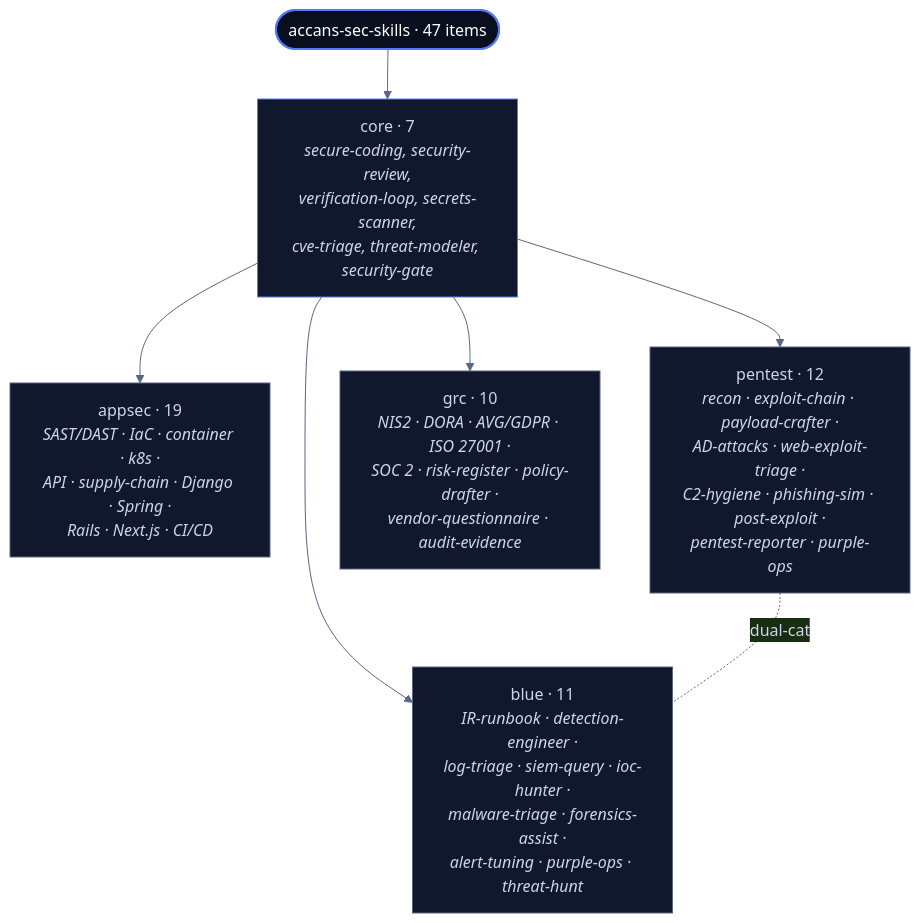
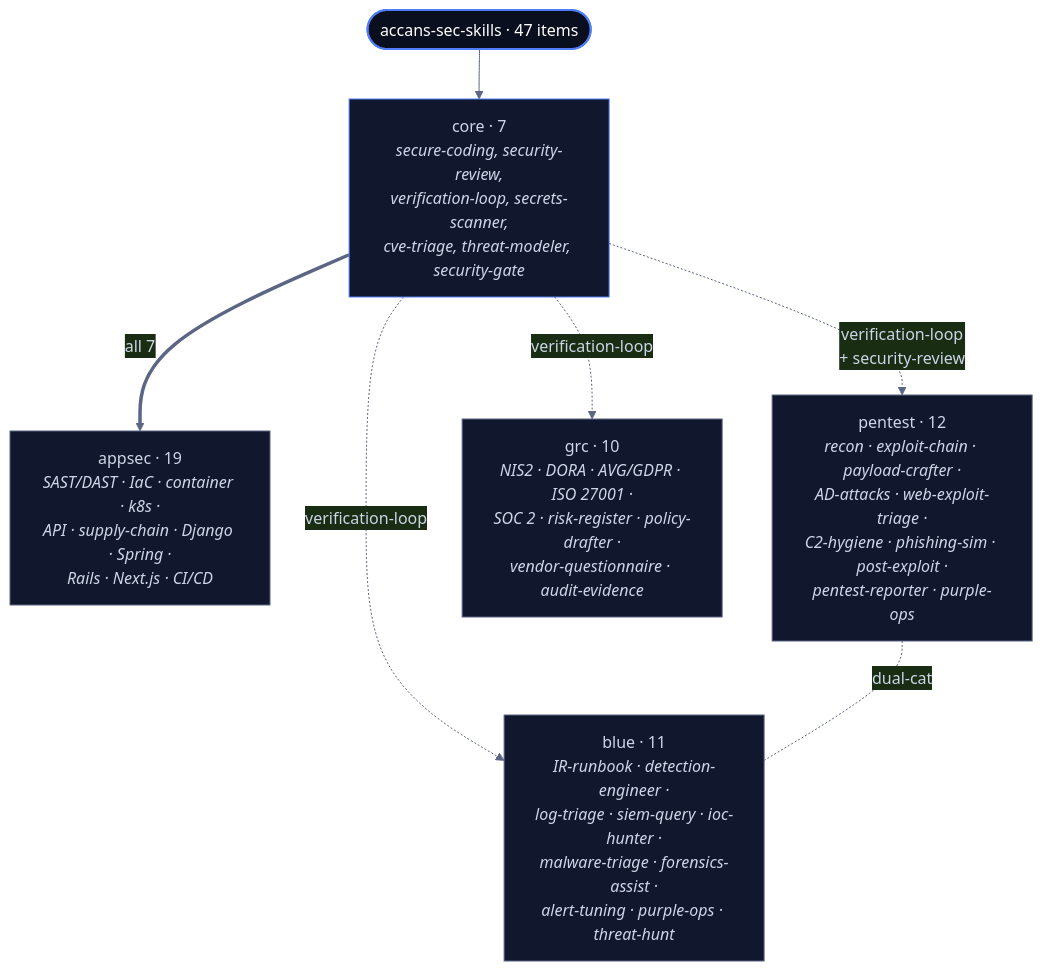
One commit to roodlicht/accans-sec-skills changed the first of 2 diagrams in README.md. Above: the diagram before and after it, drawn with Mermaid. The commit also changed other lines of this file and 1 other file, not shown here.

First paragraph of the commit message:
fix(docs): address ultrareview findings on the polish branch
Four marketing-accuracy fixes flagged by ultrareview against the
preceding capability-density commit. None affect the catalog content;
all are README/docs corrections to match what the catalog actually
contains.

````diff
--- a/README.md
+++ b/README.md
@@ -31,21 +31,21 @@
 ```mermaid
 %%{init: {'theme':'base', 'themeVariables': {'primaryColor':'#11182d','primaryTextColor':'#cdd5e8','primaryBorderColor':'#4f7df9','lineColor':'#5b6584'}}}%%
 flowchart TB
     Root(["accans-sec-skills · 47 items"])
 
     Root --> Core["core · 7<br/><i>secure-coding, security-review,<br/>verification-loop, secrets-scanner,<br/>cve-triage, threat-modeler, security-gate</i>"]
 
-    Core --> AppSec["appsec · 19<br/><i>SAST/DAST · IaC · container · k8s ·<br/>API · supply-chain · Django · Spring ·<br/>Rails · Next.js · CI/CD</i>"]
-    Core --> Pentest["pentest · 12<br/><i>recon · exploit-chain · payload-crafter ·<br/>AD-attacks · web-exploit-triage ·<br/>C2-hygiene · phishing-sim · post-exploit ·<br/>pentest-reporter · purple-ops</i>"]
-    Core --> Blue["blue · 11<br/><i>IR-runbook · detection-engineer ·<br/>log-triage · siem-query · ioc-hunter ·<br/>malware-triage · forensics-assist ·<br/>alert-tuning · purple-ops · threat-hunt</i>"]
-    Core --> GRC["grc · 10<br/><i>NIS2 · DORA · AVG/GDPR · ISO 27001 ·<br/>SOC 2 · risk-register · policy-drafter ·<br/>vendor-questionnaire · audit-evidence</i>"]
+    Core ==>|"all 7"| AppSec["appsec · 19<br/><i>SAST/DAST · IaC · container · k8s ·<br/>API · supply-chain · Django · Spring ·<br/>Rails · Next.js · CI/CD</i>"]
+    Core -.->|"verification-loop<br/>+ security-review"| Pentest["pentest · 12<br/><i>recon · exploit-chain · payload-crafter ·<br/>AD-attacks · web-exploit-triage ·<br/>C2-hygiene · phishing-sim · post-exploit ·<br/>pentest-reporter · purple-ops</i>"]
+    Core -.->|"verification-loop"| Blue["blue · 11<br/><i>IR-runbook · detection-engineer ·<br/>log-triage · siem-query · ioc-hunter ·<br/>malware-triage · forensics-assist ·<br/>alert-tuning · purple-ops · threat-hunt</i>"]
+    Core -.->|"verification-loop"| GRC["grc · 10<br/><i>NIS2 · DORA · AVG/GDPR · ISO 27001 ·<br/>SOC 2 · risk-register · policy-drafter ·<br/>vendor-questionnaire · audit-evidence</i>"]
 
     Pentest -. dual-cat .- Blue
 
     style Root fill:#0a0f1f,stroke:#4f7df9,stroke-width:2px,color:#fff
     style Core fill:#11182d,stroke:#4f7df9,color:#cdd5e8
     style AppSec fill:#11182d,stroke:#5b6584,color:#cdd5e8
     style Pentest fill:#11182d,stroke:#5b6584,color:#cdd5e8
     style Blue fill:#11182d,stroke:#5b6584,color:#cdd5e8
     style GRC fill:#11182d,stroke:#5b6584,color:#cdd5e8
 ```
````
